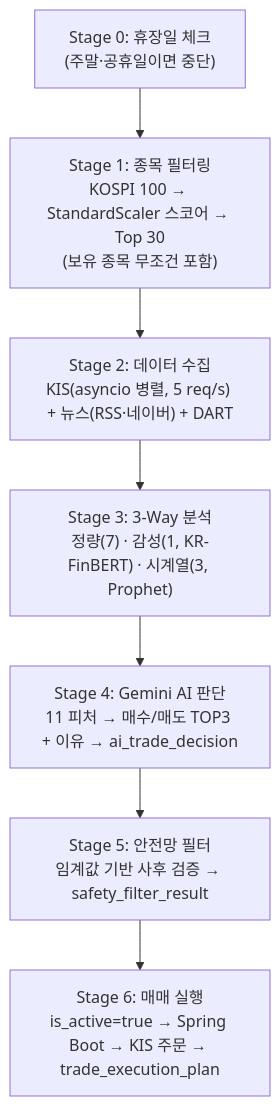
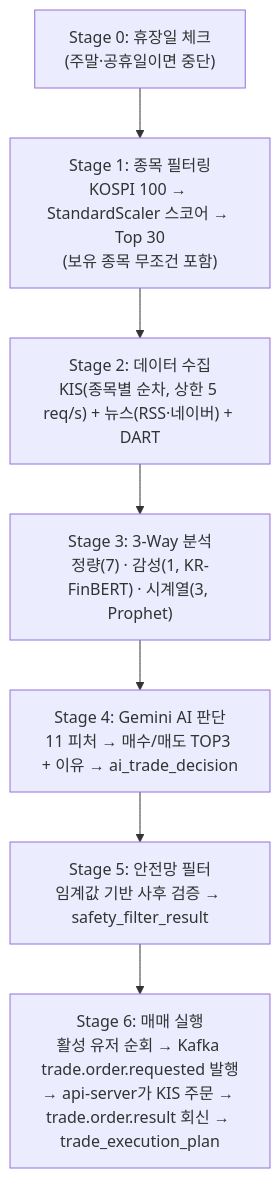
Before and after one commit to Lib0823/AssetManage_Agent-Project: the second of 2 diagrams in _docs/ARCHITECTURE.md, drawn with Mermaid. The commit also changed other lines of this file and 21 other files, not shown here.

````diff
--- a/_docs/ARCHITECTURE.md
+++ b/_docs/ARCHITECTURE.md
@@ -100,12 +100,12 @@
 ```mermaid
 flowchart TD
     S0["Stage 0: 휴장일 체크<br/>(주말·공휴일이면 중단)"]
     S1["Stage 1: 종목 필터링<br/>KOSPI 100 → StandardScaler 스코어 → Top 30<br/>(보유 종목 무조건 포함)"]
-    S2["Stage 2: 데이터 수집<br/>KIS(asyncio 병렬, 5 req/s) + 뉴스(RSS·네이버) + DART"]
+    S2["Stage 2: 데이터 수집<br/>KIS(종목별 순차, 상한 5 req/s) + 뉴스(RSS·네이버) + DART"]
     S3["Stage 3: 3-Way 분석<br/>정량(7) · 감성(1, KR-FinBERT) · 시계열(3, Prophet)"]
     S5["Stage 4: Gemini AI 판단<br/>11 피처 → 매수/매도 TOP3 + 이유 → ai_trade_decision"]
     S6["Stage 5: 안전망 필터<br/>임계값 기반 사후 검증 → safety_filter_result"]
-    S7["Stage 6: 매매 실행<br/>is_active=true → Spring Boot → KIS 주문 → trade_execution_plan"]
+    S7["Stage 6: 매매 실행<br/>활성 유저 순회 → Kafka trade.order.requested 발행<br/>→ api-server가 KIS 주문 → trade.order.result 회신 → trade_execution_plan"]
 
     S0 --> S1 --> S2 --> S3 --> S5 --> S6 --> S7
 ```
````
